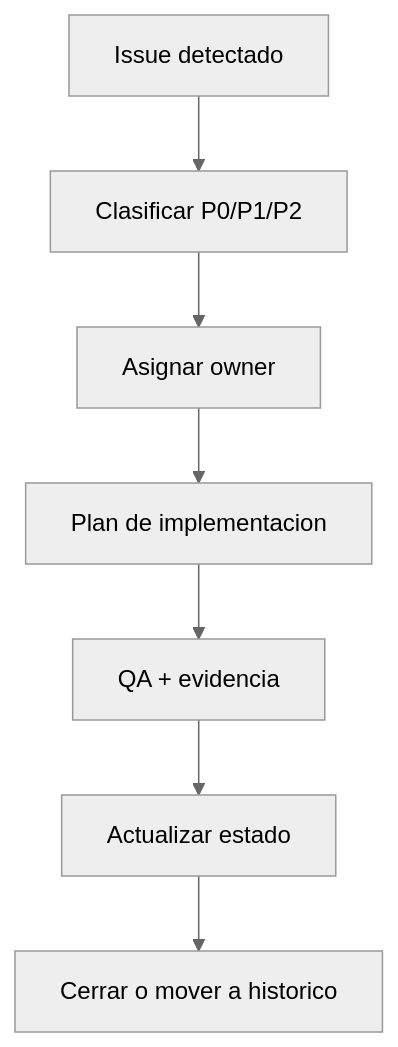
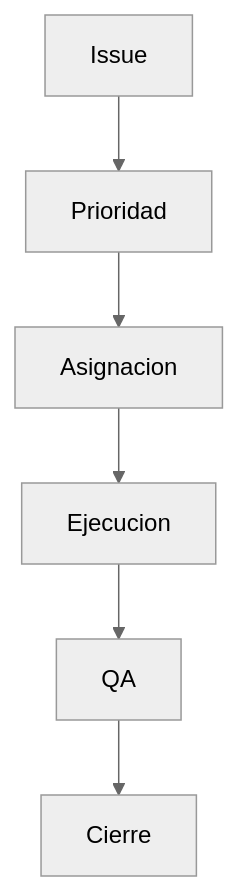
Before and after one commit to Robertoart13/NewKipital: the diagram in docs/12-backlog-pendientes/BACKLOG-CONSOLIDADO.md, drawn with Mermaid (neutral theme). The commit also changed other lines of this file and 119 other files, not shown here.

````diff
--- a/docs/12-backlog-pendientes/BACKLOG-CONSOLIDADO.md
+++ b/docs/12-backlog-pendientes/BACKLOG-CONSOLIDADO.md
@@ -6,9 +14,8 @@
 ```mermaid
 flowchart TD
-  A[Issue detectado] --> B[Clasificar P0/P1/P2]
-  B --> C[Asignar owner]
-  C --> D[Plan de implementacion]
-  D --> E[QA + evidencia]
-  E --> F[Actualizar estado]
-  F --> G[Cerrar o mover a historico]
+  A[Issue] --> B[Prioridad]
+  B --> C[Asignacion]
+  C --> D[Ejecucion]
+  D --> E[QA]
+  E --> F[Cierre]
 ```
````
